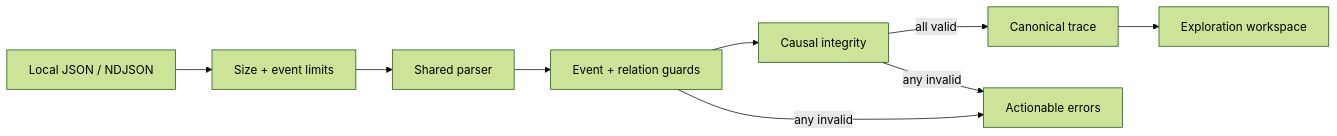
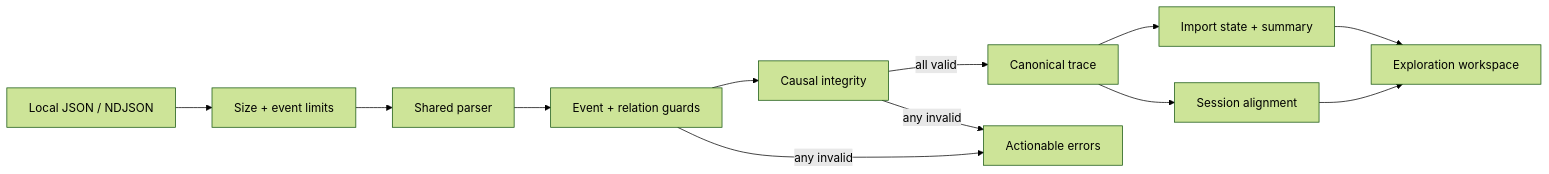
Before and after one commit to ASKR04/JavaScript: the diagram in eventweave/README.md, drawn with Mermaid (forest theme). The commit also changed other lines of this file and 2 other files, not shown here.

````diff
--- a/eventweave/README.md
+++ b/eventweave/README.md
@@ -71,11 +73,14 @@
 ```mermaid
 flowchart LR
     File["Local JSON / NDJSON"] --> Limits["Size + event limits"]
     Limits --> Parse["Shared parser"]
     Parse --> Guard["Event + relation guards"]
     Guard --> Integrity["Causal integrity"]
     Integrity -->|all valid| Normalize["Canonical trace"]
     Guard -->|any invalid| Errors["Actionable errors"]
     Integrity -->|any invalid| Errors
-    Normalize --> UI["Exploration workspace"]
+    Normalize --> ImportUI["Import state + summary"]
+    Normalize --> Compare["Session alignment"]
+    ImportUI --> UI["Exploration workspace"]
+    Compare --> UI
 ```
````
